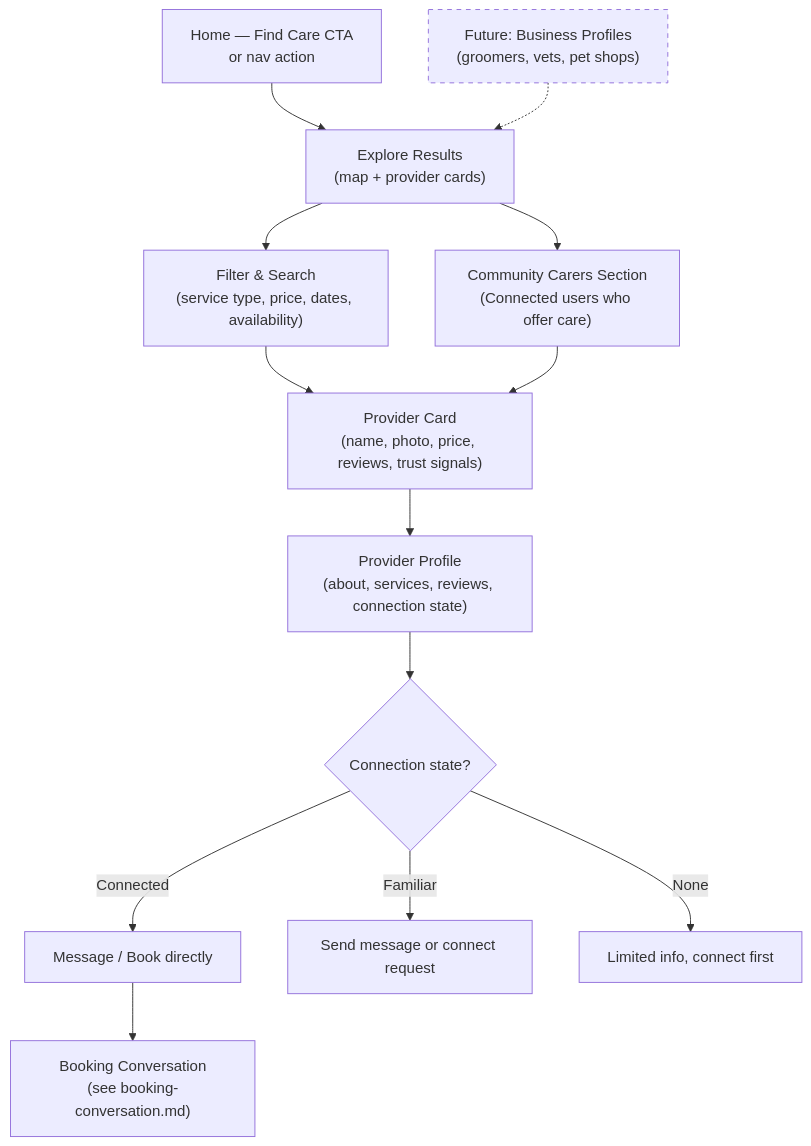
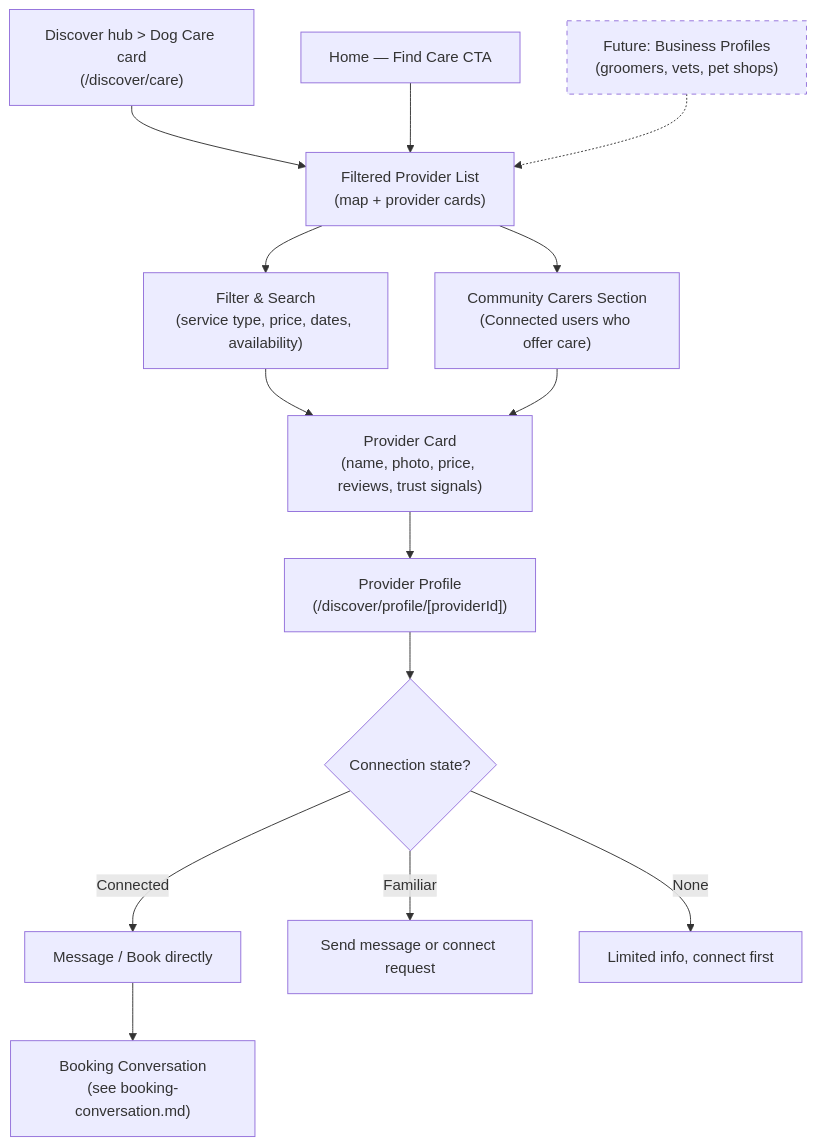
One commit to ShawnTalvacchia/doggo changed the diagram in docs/flows/care-discovery.md. Above: the diagram before and after it, drawn with Mermaid. The commit also changed other lines of this file and 48 other files, not shown here.

First line of the commit message:
Phase 19 — UI rebuild: Discover three-panel layout, mobile tabbed views, contextual nav

````diff
--- a/docs/flows/care-discovery.md
+++ b/docs/flows/care-discovery.md
@@ -10,17 +10,18 @@
 ```mermaid
 flowchart TD
-    A["Home — Find Care CTA\nor nav action"] --> B["Explore Results\n(map + provider cards)"]
+    A["Discover hub > Dog Care card\n(/discover/care)"] --> B["Filtered Provider List\n(map + provider cards)"]
+    A2["Home — Find Care CTA"] --> B
     B --> C["Filter & Search\n(service type, price, dates, availability)"]
     B --> B1["Community Carers Section\n(Connected users who offer care)"]
     C --> D["Provider Card\n(name, photo, price, reviews, trust signals)"]
     B1 --> D
-    D --> E["Provider Profile\n(about, services, reviews, connection state)"]
+    D --> E["Provider Profile\n(/discover/profile/[providerId])"]
     E --> F{"Connection state?"}
     F -->|Connected| G["Message / Book directly"]
     F -->|Familiar| H["Send message or connect request"]
     F -->|None| I["Limited info, connect first"]
     G --> J["Booking Conversation\n(see booking-conversation.md)"]
 
     style K stroke-dasharray: 5 5
     K["Future: Business Profiles\n(groomers, vets, pet shops)"] -.-> B
 ```
````
